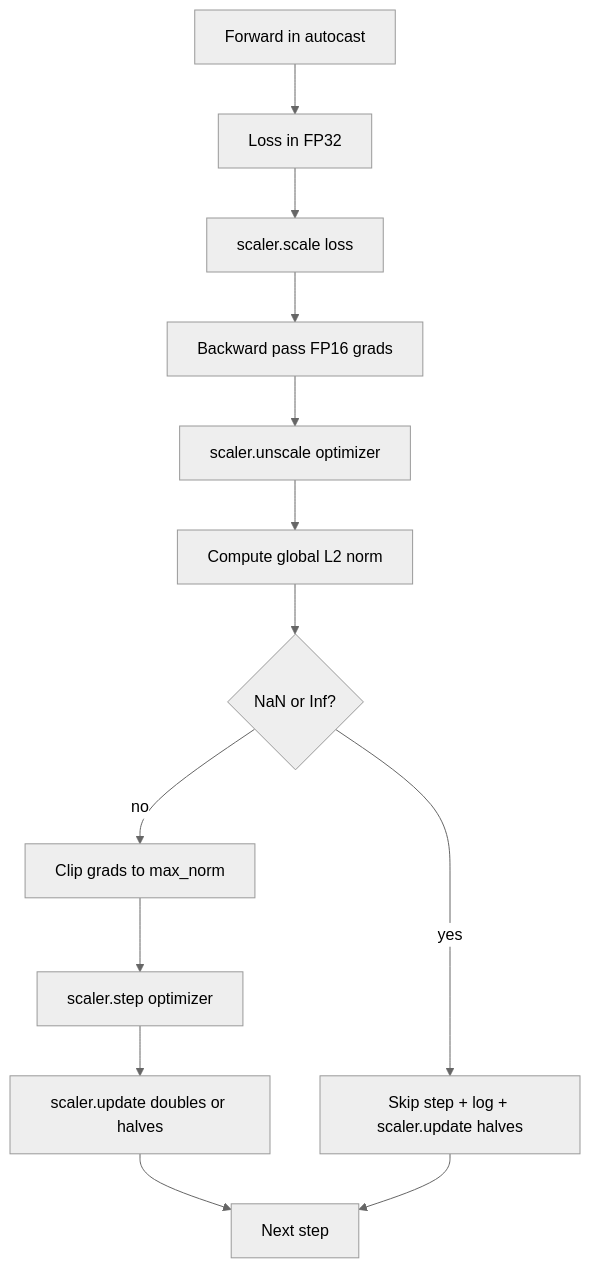
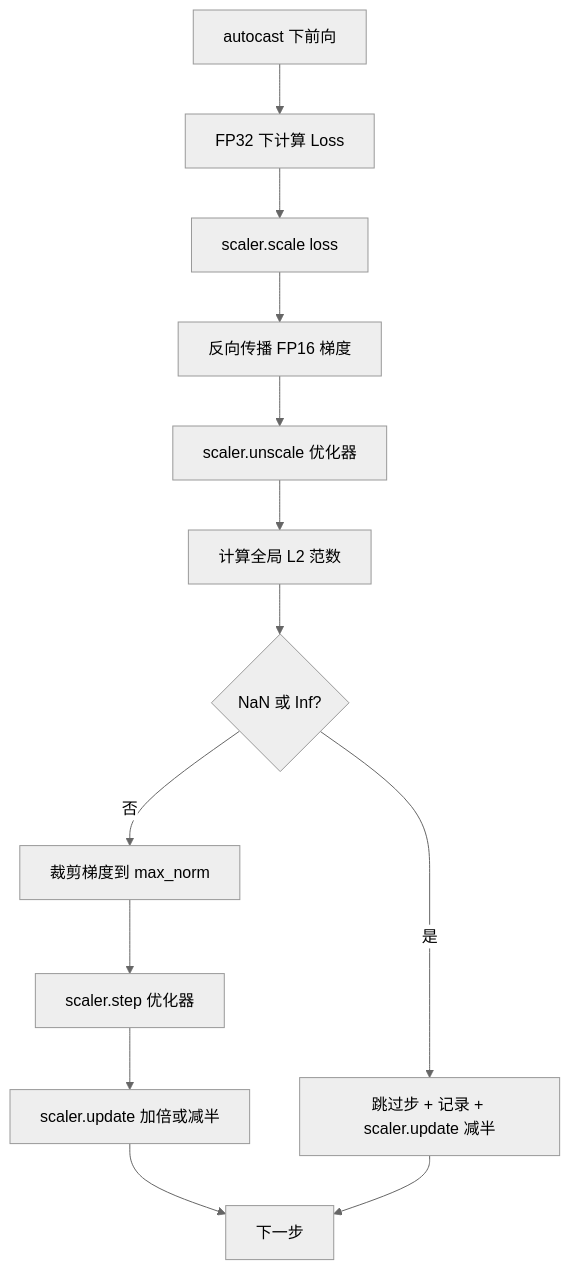
One commit to alessandrodinisio-ai/ai-engineering-learning-framework changed the diagram in phases/19-capstone-projects/45-gradient-clipping-amp/docs/zh.md. Above: the diagram before and after it, drawn with Mermaid (neutral theme). The commit also changed 120 other files, not shown here.

First line of the commit message:
i18n(mermaid): 337 个 mermaid 图表标签中文化

````diff
--- a/phases/19-capstone-projects/45-gradient-clipping-amp/docs/zh.md
+++ b/phases/19-capstone-projects/45-gradient-clipping-amp/docs/zh.md
@@ -27,15 +27,15 @@
 ```mermaid
 flowchart TD
-  Forward[Forward in autocast] --> Loss[Loss in FP32]
+  Forward[autocast 下前向] --> Loss[FP32 下计算 Loss]
   Loss --> Scale[scaler.scale loss]
-  Scale --> Backward[Backward pass FP16 grads]
-  Backward --> Unscale[scaler.unscale optimizer]
-  Unscale --> NormCheck[Compute global L2 norm]
-  NormCheck --> Detect{NaN or Inf?}
-  Detect -- yes --> Skip[Skip step + log + scaler.update halves]
-  Detect -- no --> Clip[Clip grads to max_norm]
-  Clip --> StepOpt[scaler.step optimizer]
-  StepOpt --> Update[scaler.update doubles or halves]
-  Update --> NextStep[Next step]
+  Scale --> Backward[反向传播 FP16 梯度]
+  Backward --> Unscale[scaler.unscale 优化器]
+  Unscale --> NormCheck[计算全局 L2 范数]
+  NormCheck --> Detect{NaN 或 Inf?}
+  Detect -- 是 --> Skip[跳过步 + 记录 + scaler.update 减半]
+  Detect -- 否 --> Clip[裁剪梯度到 max_norm]
+  Clip --> StepOpt[scaler.step 优化器]
+  StepOpt --> Update[scaler.update 加倍或减半]
+  Update --> NextStep[下一步]
   Skip --> NextStep
 ```
````
